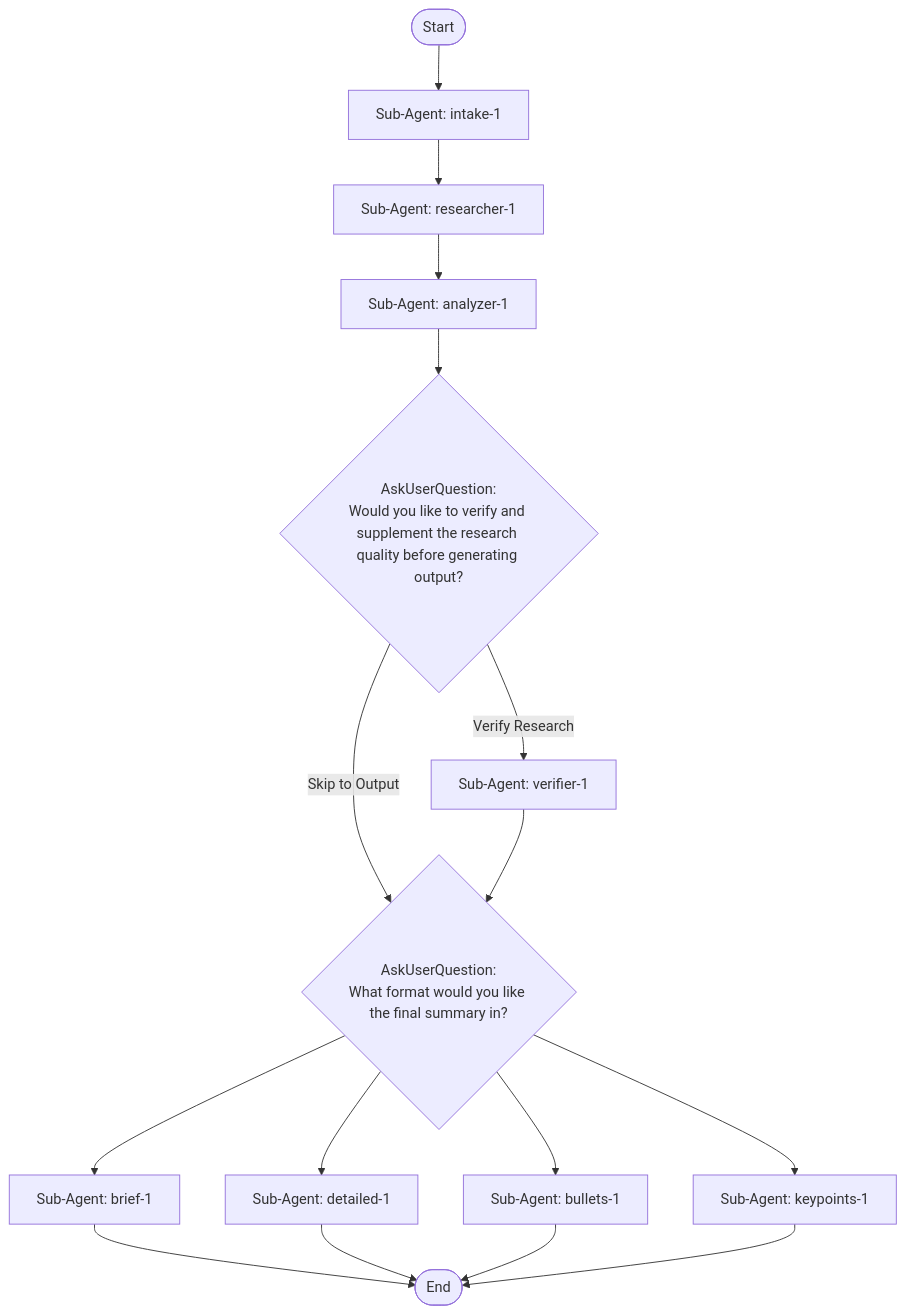
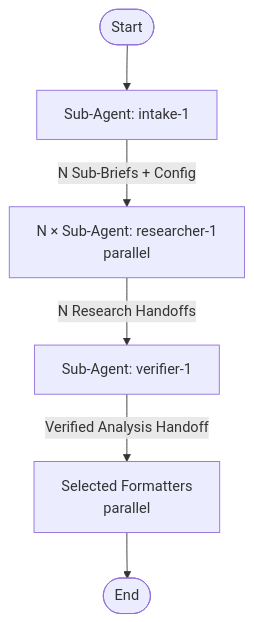
The diagram in .agent/skills/research-and-summarize/SKILL.md (vmeyer/research_template), drawn with Mermaid before and after one commit. The commit also changed other lines of this file and 16 other files, not shown here.

````diff
--- a/.agent/skills/research-and-summarize/SKILL.md
+++ b/.agent/skills/research-and-summarize/SKILL.md
@@ -10,31 +10,15 @@
 ```mermaid
 flowchart TD
     start_1([Start])
     intake_1[Sub-Agent: intake-1]
-    researcher_1[Sub-Agent: researcher-1]
-    analyzer_1[Sub-Agent: analyzer-1]
-    ask_verify_1{AskUserQuestion:<br/>Would you like to verify and supplement the research quality before generating output?}
+    researcher_parallel[N × Sub-Agent: researcher-1<br/>parallel]
     verifier_1[Sub-Agent: verifier-1]
-    ask_format_1{AskUserQuestion:<br/>What format would you like the final summary in?}
-    brief_1[Sub-Agent: brief-1]
-    detailed_1[Sub-Agent: detailed-1]
-    bullets_1[Sub-Agent: bullets-1]
-    keypoints_1[Sub-Agent: keypoints-1]
+    formatters[Selected Formatters<br/>parallel]
     end_1([End])
 
     start_1 --> intake_1
-    intake_1 --> researcher_1
-    researcher_1 --> analyzer_1
-    analyzer_1 --> ask_verify_1
-    ask_verify_1 -->|Verify Research| verifier_1
-    ask_verify_1 -->|Skip to Output| ask_format_1
-    verifier_1 --> ask_format_1
-    ask_format_1 --> brief_1
-    ask_format_1 --> detailed_1
-    ask_format_1 --> bullets_1
-    ask_format_1 --> keypoints_1
-    brief_1 --> end_1
-    detailed_1 --> end_1
-    bullets_1 --> end_1
-    keypoints_1 --> end_1
+    intake_1 -->|N Sub-Briefs + Config| researcher_parallel
+    researcher_parallel -->|N Research Handoffs| verifier_1
+    verifier_1 -->|Verified Analysis Handoff| formatters
+    formatters --> end_1
 ```
````
